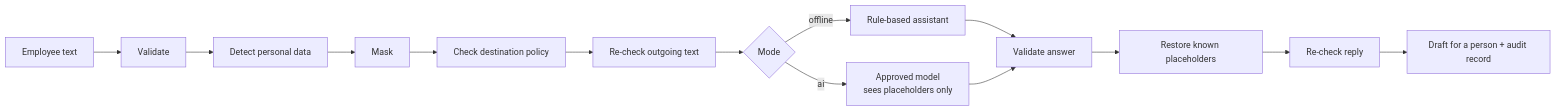
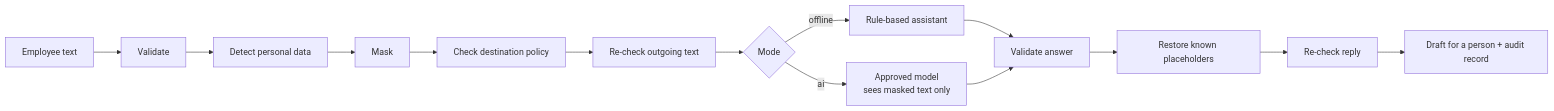
One commit to umarmk/sitr changed the diagram in README.md. Above: the diagram before and after it, drawn with Mermaid. The commit also changed other lines of this file and 7 other files, not shown here.

First line of the commit message:
fix: qualify the placeholders-only claim; recased second pass for lowercase names

````diff
--- a/README.md
+++ b/README.md
@@ -55,16 +55,16 @@
 ```mermaid
 flowchart LR
     A[Employee text] --> B[Validate]
     B --> C[Detect personal data]
     C --> D[Mask]
     D --> E[Check destination policy]
     E --> F[Re-check outgoing text]
     F --> G{Mode}
     G -->|offline| H[Rule-based assistant]
-    G -->|ai| I[Approved model<br/>sees placeholders only]
+    G -->|ai| I[Approved model<br/>sees masked text only]
     H --> J[Validate answer]
     I --> J
     J --> K[Restore known placeholders]
     K --> L[Re-check reply]
     L --> M[Draft for a person + audit record]
 ```
````
